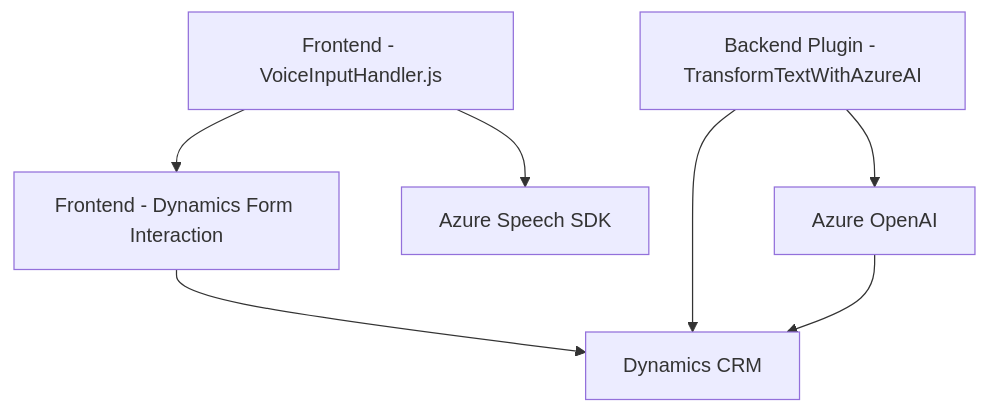
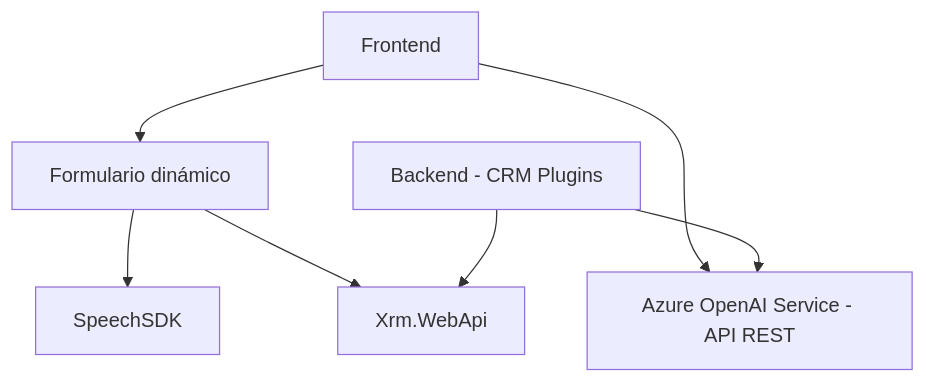
The diagram in README.md (blopezdm/NETCORE_BILBAO2025), drawn with Mermaid before and after one commit. The commit also changed other lines of this file, not shown here.

````diff
--- a/README.md
+++ b/README.md
@@ -67,16 +61,16 @@
 ```mermaid
 graph TD
-    A["Frontend - VoiceInputHandler.js"]
-    B["Frontend - Dynamics Form Interaction"]
-    C["Backend Plugin - TransformTextWithAzureAI"]
-    D["Azure Speech SDK"]
-    E["Azure OpenAI"]
-    F["Dynamics CRM"]
+    A["Frontend"]
+    B["Backend - CRM Plugins"]
+    C["SpeechSDK"]
+    D["Azure OpenAI Service - API REST"]
+    E["Xrm.WebApi"]
+    F["Formulario dinámico"]
 
-    A --> B
+    A --> F
+    F --> C
+    F --> E
     A --> D
-    B --> F
-    C --> E
-    C --> F
-    E --> F
+    B --> D
+    B --> E
 ```
````
